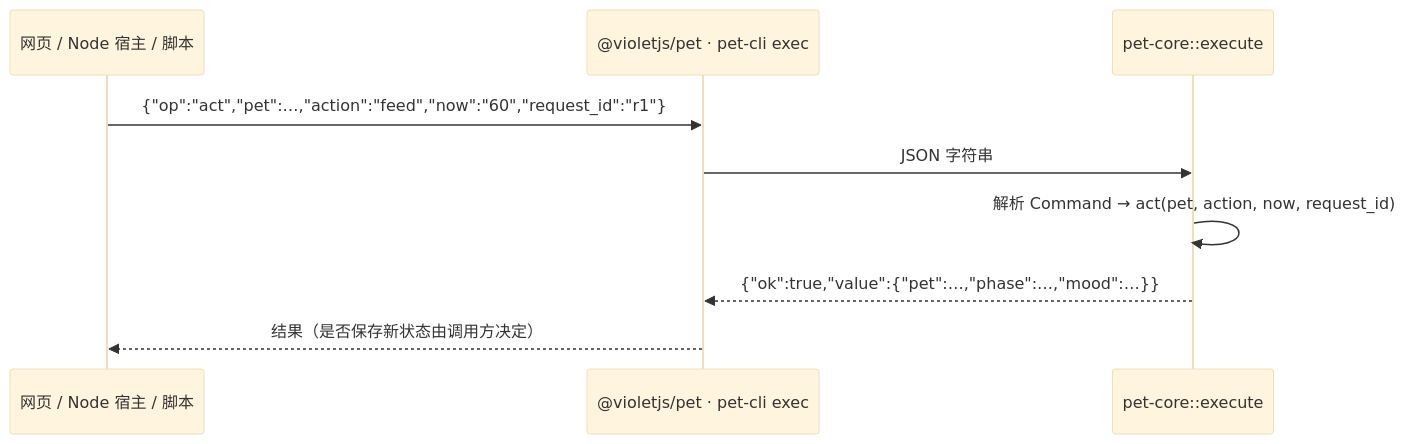
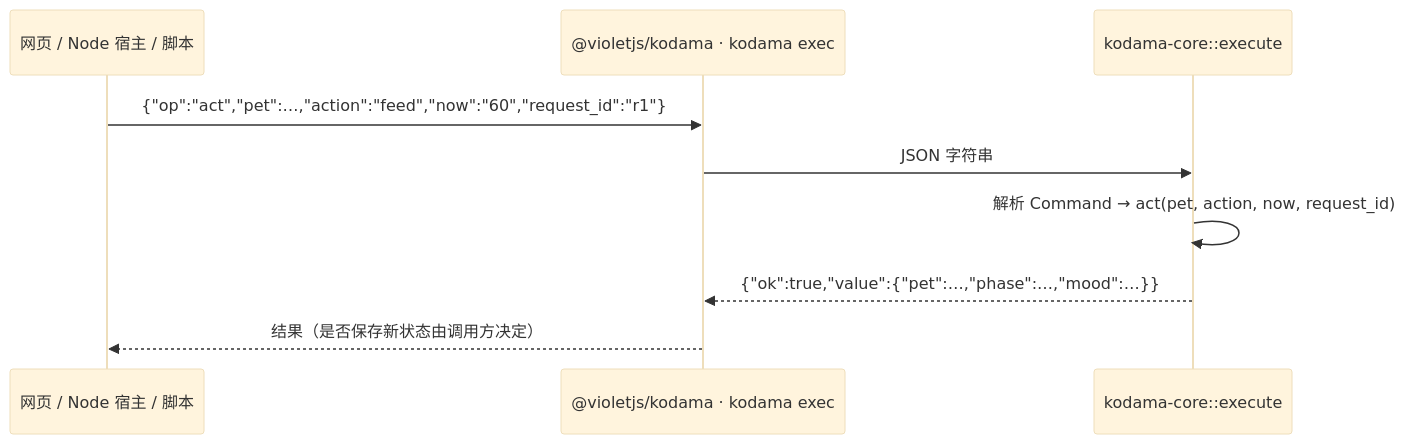
One commit to VOD-Studio/kodama changed the second of 3 diagrams in docs/architecture.zh-CN.md. Above: the diagram before and after it, drawn with Mermaid (base theme). The commit also changed other lines of this file and 263 other files, not shown here.

First line of the commit message:
refactor!: 包名统一改为 kodama，不再使用 pet-* 前缀

````diff
--- a/docs/architecture.zh-CN.md
+++ b/docs/architecture.zh-CN.md
@@ -140,11 +140,11 @@
 ```mermaid
 sequenceDiagram
   participant App as 网页 / Node 宿主 / 脚本
-  participant Entry as @violetjs/pet · pet-cli exec
-  participant Core as pet-core::execute
+  participant Entry as @violetjs/kodama · kodama exec
+  participant Core as kodama-core::execute
   App->>Entry: {"op":"act","pet":…,"action":"feed","now":"60","request_id":"r1"}
   Entry->>Core: JSON 字符串
   Core->>Core: 解析 Command → act(pet, action, now, request_id)
   Core-->>Entry: {"ok":true,"value":{"pet":…,"phase":…,"mood":…}}
   Entry-->>App: 结果（是否保存新状态由调用方决定）
 ```
````
